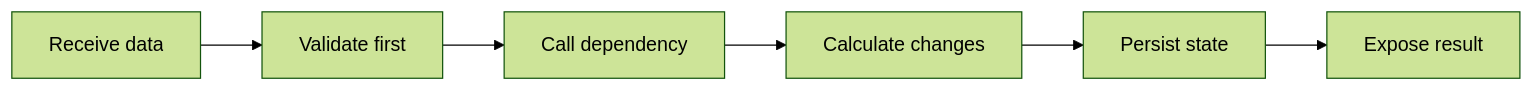
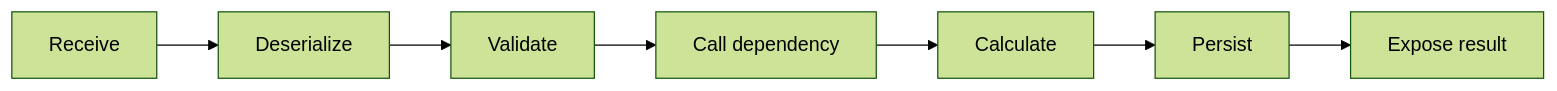
The second of 4 diagrams in docs/what-i-learned.md (SidheshwarSarangal/forage-midas), drawn with Mermaid (forest theme) before and after one commit. The commit also changed other lines of this file and 4 other files, not shown here.

````diff
--- a/docs/what-i-learned.md
+++ b/docs/what-i-learned.md
@@ -54,8 +27,9 @@
 ```mermaid
 flowchart LR
-    A[Receive data] --> B[Validate first]
-    B --> C[Call dependency]
-    C --> D[Calculate changes]
-    D --> E[Persist state]
-    E --> F[Expose result]
+    A[Receive] --> B[Deserialize]
+    B --> C[Validate]
+    C --> D[Call dependency]
+    D --> E[Calculate]
+    E --> F[Persist]
+    F --> G[Expose result]
 ```
````
